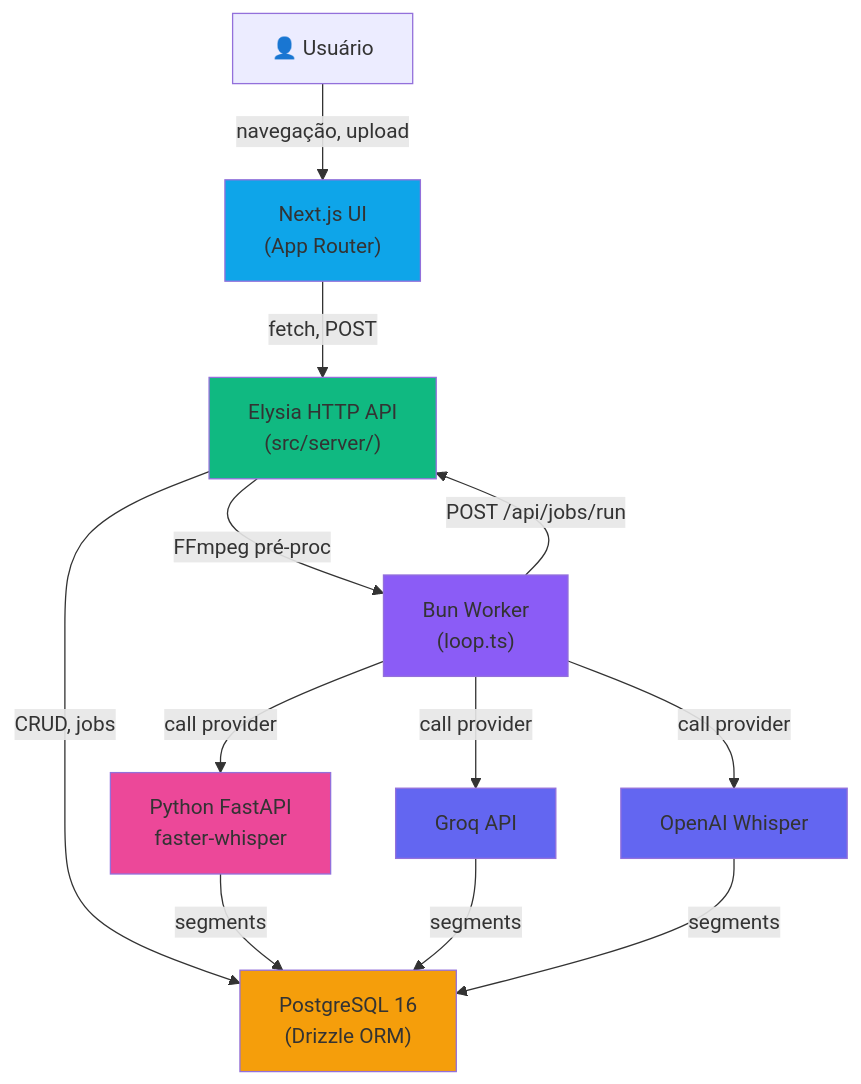
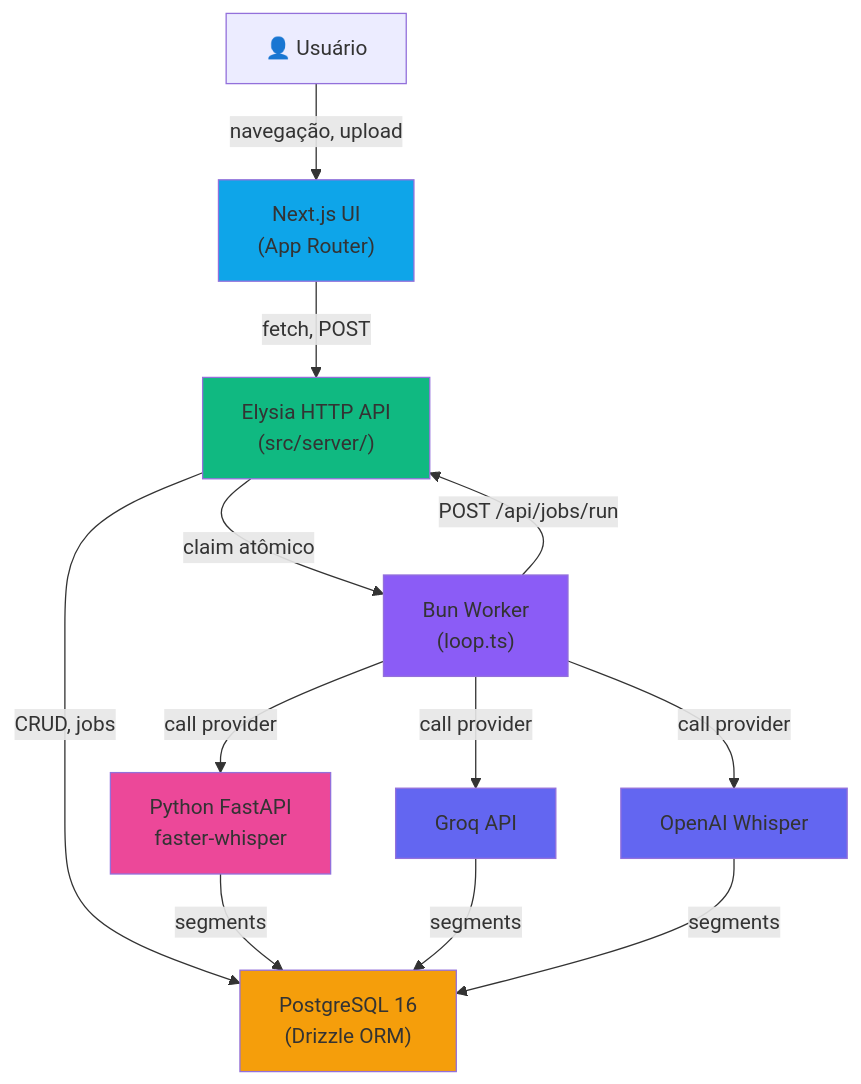
Before and after one commit to carlosrobertodevops/transcripts: the first of 7 diagrams in docs/SDD.md, drawn with Mermaid. The commit also changed other lines of this file and 8 other files, not shown here.

````diff
--- a/docs/SDD.md
+++ b/docs/SDD.md
@@ -21,31 +21,31 @@
 ```mermaid
 graph TB
     U["👤 Usuário"]
     UI["Next.js UI<br/>(App Router)"]
     API["Elysia HTTP API<br/>(src/server/)"]
     DB["PostgreSQL 16<br/>(Drizzle ORM)"]
     W["Bun Worker<br/>(loop.ts)"]
     T["Python FastAPI<br/>faster-whisper"]
     GR["Groq API"]
     OA["OpenAI Whisper"]
 
     U -->|navegação, upload| UI
     UI -->|fetch, POST| API
     API -->|CRUD, jobs| DB
     W -->|POST /api/jobs/run| API
-    API -->|FFmpeg pré-proc| W
+    API -->|claim atômico| W
     W -->|call provider| T
     W -->|call provider| GR
     W -->|call provider| OA
     T -->|segments| DB
     GR -->|segments| DB
     OA -->|segments| DB
 
     style UI fill:#0ea5e9
     style API fill:#10b981
     style DB fill:#f59e0b
     style W fill:#8b5cf6
     style T fill:#ec4899
     style GR fill:#6366f1
     style OA fill:#6366f1
 ```
````
